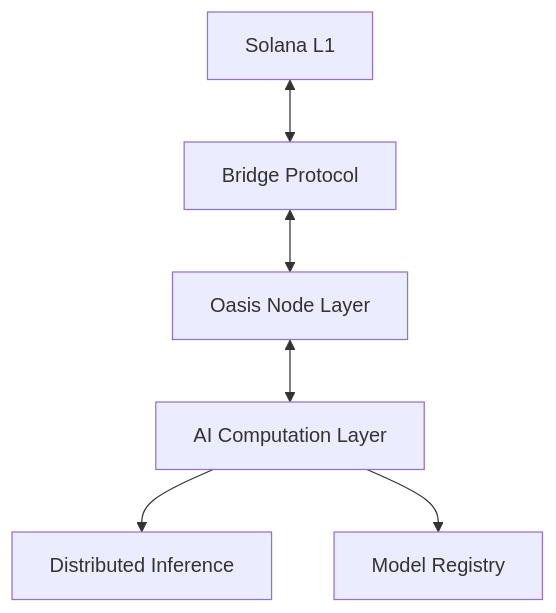
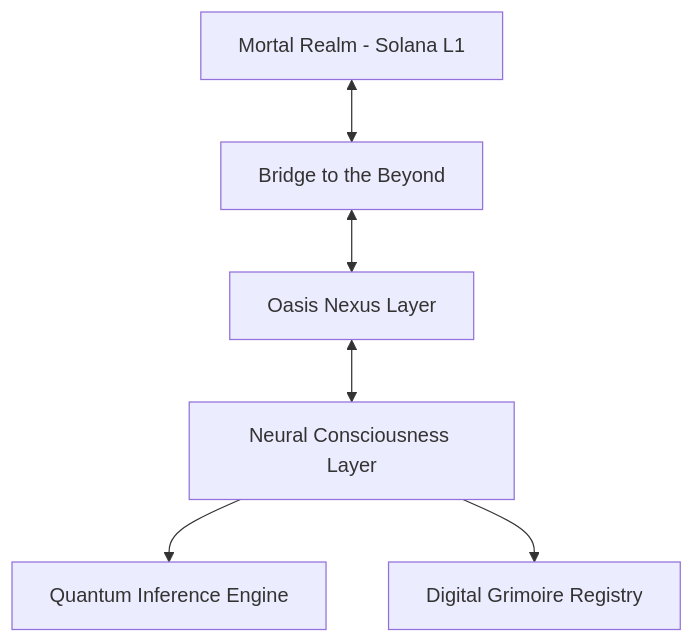
The diagram in README.md (NubsCarson/SolanaOasis-Layer2-Blockchain), drawn with Mermaid before and after one commit. The commit also changed other lines of this file, not shown here.

````diff
--- a/README.md
+++ b/README.md
@@ -57,8 +67,8 @@
 ```mermaid
 graph TD
-    A[Solana L1] <--> B[Bridge Protocol]
-    B <--> C[Oasis Node Layer]
-    C <--> D[AI Computation Layer]
-    D --> E[Distributed Inference]
-    D --> F[Model Registry]
+    A[Mortal Realm - Solana L1] <--> B[Bridge to the Beyond]
+    B <--> C[Oasis Nexus Layer]
+    C <--> D[Neural Consciousness Layer]
+    D --> E[Quantum Inference Engine]
+    D --> F[Digital Grimoire Registry]
 ```
````
